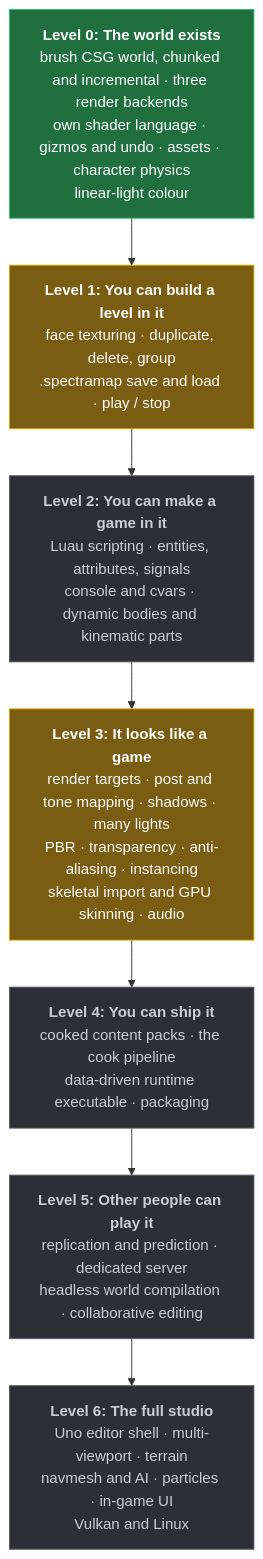
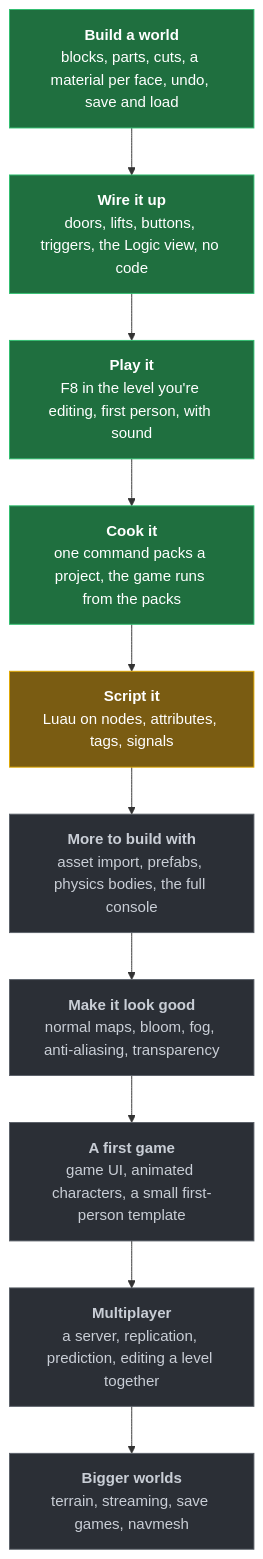
The diagram in README.md (Davicloud-NET/Spectra), drawn with Mermaid before and after one commit. The commit also changed other lines of this file and 3 other files, not shown here.

Commit message:
Rewrite the README and the roadmap

````diff
--- a/README.md
+++ b/README.md
@@ -53,20 +74,23 @@
 ```mermaid
 flowchart TD
-    L0["<b>Level 0: The world exists</b><br/>brush CSG world, chunked and incremental · three render backends<br/>own shader language · gizmos and undo · assets · character physics<br/>linear-light colour"]
-    L1["<b>Level 1: You can build a level in it</b><br/>face texturing · duplicate, delete, group<br/>.spectramap save and load · play / stop"]
-    L2["<b>Level 2: You can make a game in it</b><br/>Luau scripting · entities, attributes, signals<br/>console and cvars · dynamic bodies and kinematic parts"]
-    L3["<b>Level 3: It looks like a game</b><br/>render targets · post and tone mapping · shadows · many lights<br/>PBR · transparency · anti-aliasing · instancing<br/>skeletal import and GPU skinning · audio"]
-    L4["<b>Level 4: You can ship it</b><br/>cooked content packs · the cook pipeline<br/>data-driven runtime executable · packaging"]
-    L5["<b>Level 5: Other people can play it</b><br/>replication and prediction · dedicated server<br/>headless world compilation · collaborative editing"]
-    L6["<b>Level 6: The full studio</b><br/>Uno editor shell · multi-viewport · terrain<br/>navmesh and AI · particles · in-game UI<br/>Vulkan and Linux"]
+    build["<b>Build a world</b><br/>blocks, parts, cuts, a material per face, undo, save and load"]
+    wire["<b>Wire it up</b><br/>doors, lifts, buttons, triggers, the Logic view, no code"]
+    play["<b>Play it</b><br/>F8 in the level you're editing, first person, with sound"]
+    cook["<b>Cook it</b><br/>one command packs a project, the game runs from the packs"]
+    script["<b>Script it</b><br/>Luau on nodes, attributes, tags, signals"]
+    more["<b>More to build with</b><br/>asset import, prefabs, physics bodies, the full console"]
+    look["<b>Make it look good</b><br/>normal maps, bloom, fog, anti-aliasing, transparency"]
+    game["<b>A first game</b><br/>game UI, animated characters, a small first-person template"]
+    net["<b>Multiplayer</b><br/>a server, replication, prediction, editing a level together"]
+    world["<b>Bigger worlds</b><br/>terrain, streaming, save games, navmesh"]
 
-    L0 --> L1 --> L2 --> L3 --> L4 --> L5 --> L6
+    build --> wire --> play --> cook --> script --> more --> look --> game --> net --> world
 
     classDef done fill:#1f6f3f,stroke:#2fbf6f,color:#fff
-    classDef doing fill:#7a5c12,stroke:#e0a800,color:#fff
+    classDef next fill:#7a5c12,stroke:#e0a800,color:#fff
     classDef todo fill:#2b2f36,stroke:#5a6068,color:#c9ced6
 
-    class L0 done
-    class L1,L3 doing
-    class L2,L4,L5,L6 todo
+    class build,wire,play,cook done
+    class script next
+    class more,look,game,net,world todo
 ```
````
